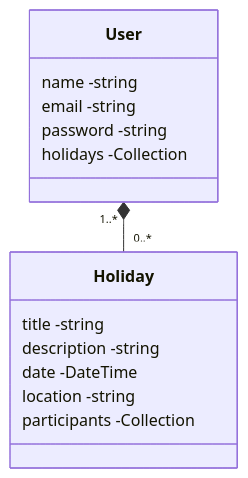
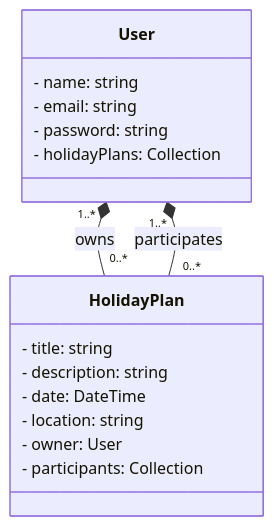
Before and after one commit to falves97/vacation-plan: the first of 2 diagrams in docs/uml.md, drawn with Mermaid. The commit also changed other lines of this file, not shown here.

Commit message:
docs: add modelagem de holidayPlan

````diff
--- a/docs/uml.md
+++ b/docs/uml.md
@@ -1,20 +5,22 @@
 ```mermaid
 ---
 Modelagem UML das models
 ---
 classDiagram
     class User {
-        name -string
-        email -string
-        password -string
+        - name: string
+        - email: string
+        - password: string
+        - holidayPlans: Collection<HolidayPlan>
     }
-    class Holiday {
-        title -string
-        description -string
-        date -DateTime
-        location -string
+    class HolidayPlan {
+        - title: string
+        - description: string
+        - date: DateTime
+        - location: string
+        - owner: User
+        - participants: Collection<User>
     }
-    User: holidays -Collection<Holiday>
-    Holiday: participants -Collection<User>
-    User "1..*" *-- "0..*" Holiday
+    User "1..*" *-- "0..*" HolidayPlan : owns
+    User "1..*" *-- "0..*" HolidayPlan : participates
 ```
````
